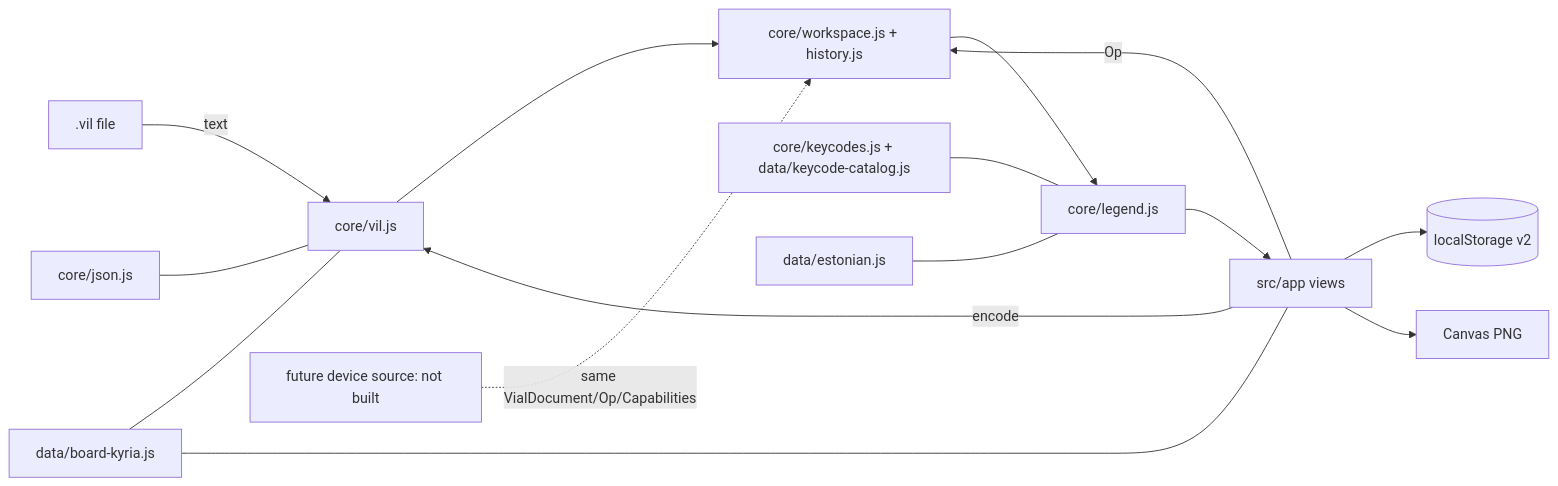
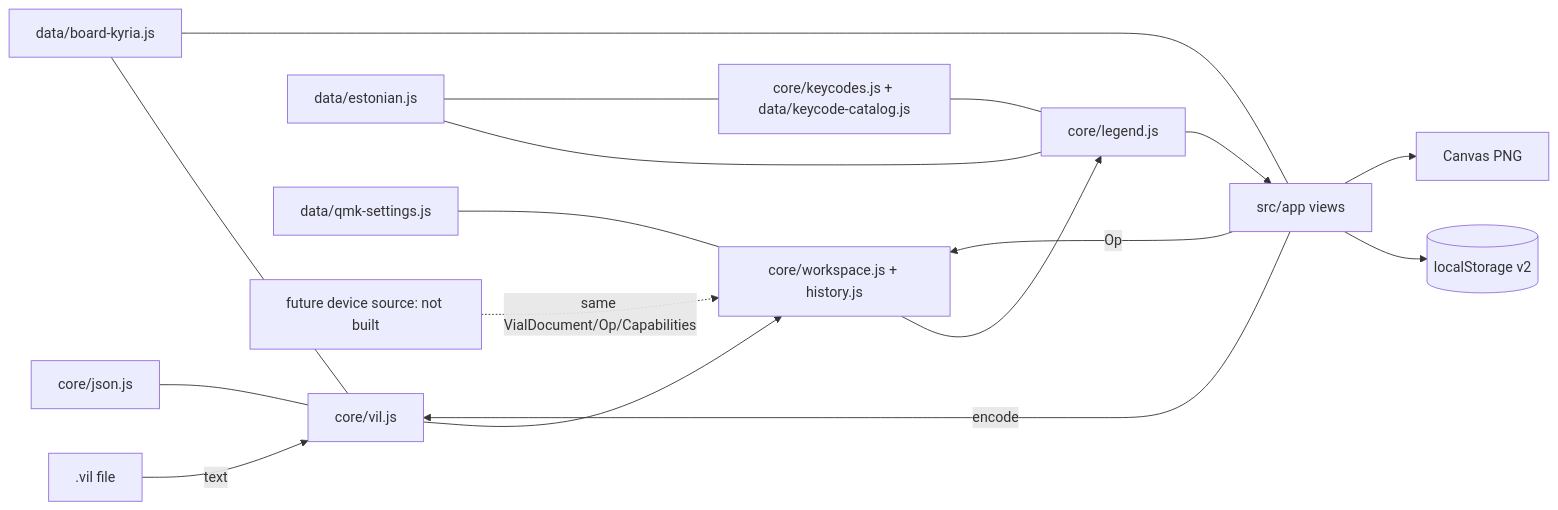
The diagram in architecture.md (fwhskr/kyria-v4-setup), drawn with Mermaid before and after one commit. The commit also changed other lines of this file and 1 other file, not shown here.

Commit message:
docs: resolve Vial research in Keymap Studio architecture; character-first priority

````diff
--- a/architecture.md
+++ b/architecture.md
@@ -65,15 +98,17 @@
 ```mermaid
 flowchart LR
   F[.vil file] -->|text| VIL[core/vil.js] --> WS[core/workspace.js + history.js]
   JSON[core/json.js] --- VIL
   WS --> LEG[core/legend.js] --> APP[src/app views]
   KC[core/keycodes.js + data/keycode-catalog.js] --- LEG
   EST[data/estonian.js] --- LEG
+  EST --- KC
   BOARD[data/board-kyria.js] --- VIL
+  QS[data/qmk-settings.js] --- WS
   BOARD --- APP
   APP -->|Op| WS
   APP -->|encode| VIL
   APP --> LS[(localStorage v2)]
   APP --> PNG[Canvas PNG]
   DEV[future device source: not built] -.same VialDocument/Op/Capabilities.-> WS
 ```
````
